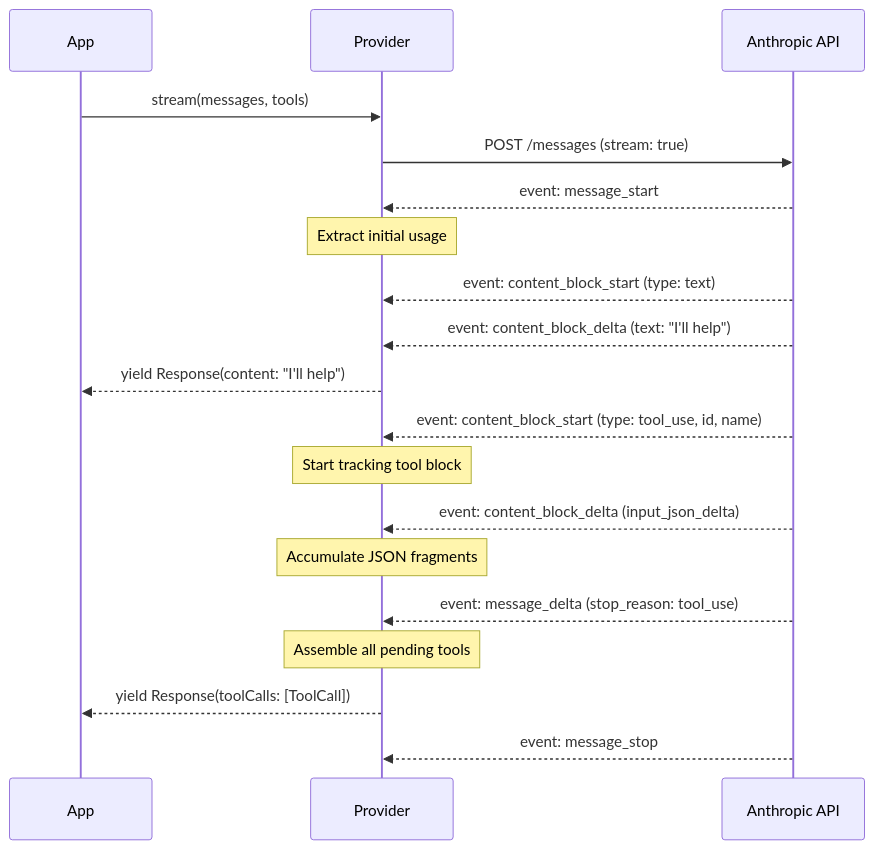
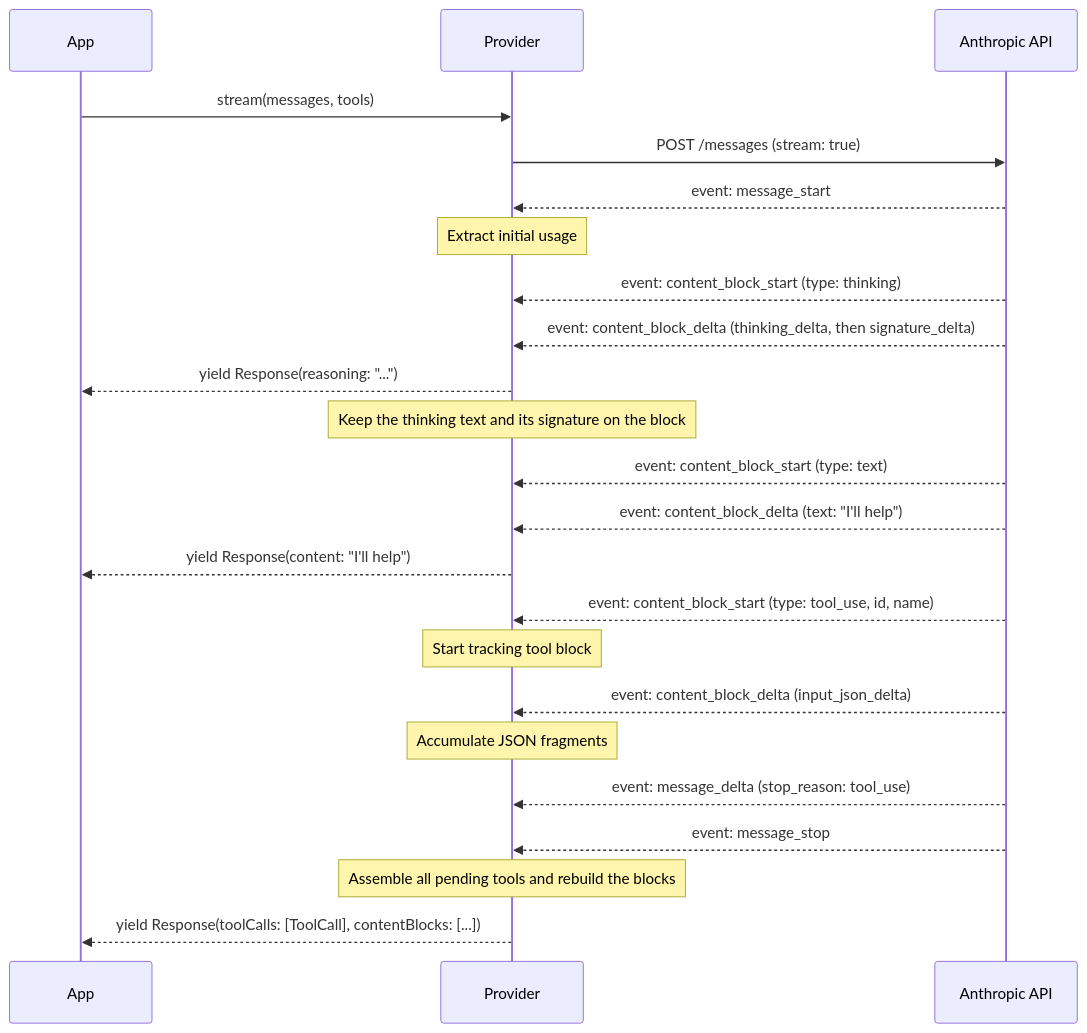
Before and after one commit to carmelosantana/php-agents: the second of 2 diagrams in docs/PROVIDERS.md, drawn with Mermaid. The commit also changed other lines of this file and 1 other file, not shown here.

Commit message:
docs(providers): describe how Anthropic thinking blocks are sent back and when they are dropped

````diff
--- a/docs/PROVIDERS.md
+++ b/docs/PROVIDERS.md
@@ -265,28 +265,32 @@
 ```mermaid
 sequenceDiagram
     participant App
     participant Provider
     participant API as Anthropic API
 
     App->>Provider: stream(messages, tools)
     Provider->>API: POST /messages (stream: true)
 
     API-->>Provider: event: message_start
     Note over Provider: Extract initial usage
 
+    API-->>Provider: event: content_block_start (type: thinking)
+    API-->>Provider: event: content_block_delta (thinking_delta, then signature_delta)
+    Provider-->>App: yield Response(reasoning: "...")
+    Note over Provider: Keep the thinking text and its signature on the block
+
     API-->>Provider: event: content_block_start (type: text)
     API-->>Provider: event: content_block_delta (text: "I'll help")
     Provider-->>App: yield Response(content: "I'll help")
 
     API-->>Provider: event: content_block_start (type: tool_use, id, name)
     Note over Provider: Start tracking tool block
 
     API-->>Provider: event: content_block_delta (input_json_delta)
     Note over Provider: Accumulate JSON fragments
 
     API-->>Provider: event: message_delta (stop_reason: tool_use)
-    Note over Provider: Assemble all pending tools
-    Provider-->>App: yield Response(toolCalls: [ToolCall])
-
     API-->>Provider: event: message_stop
+    Note over Provider: Assemble all pending tools and rebuild the blocks
+    Provider-->>App: yield Response(toolCalls: [ToolCall], contentBlocks: [...])
 ```
````
